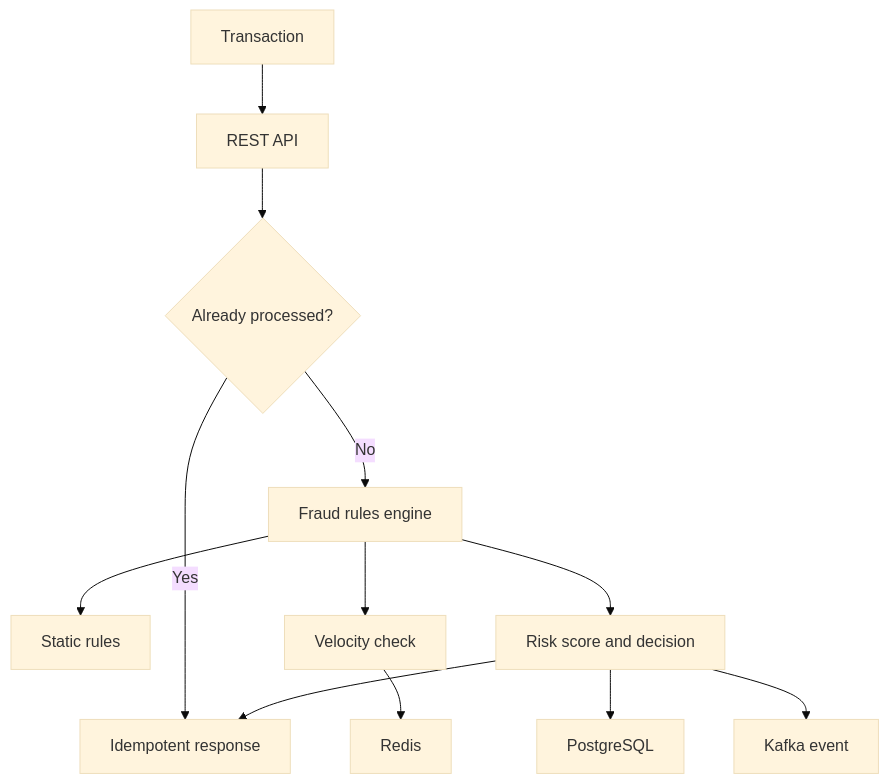
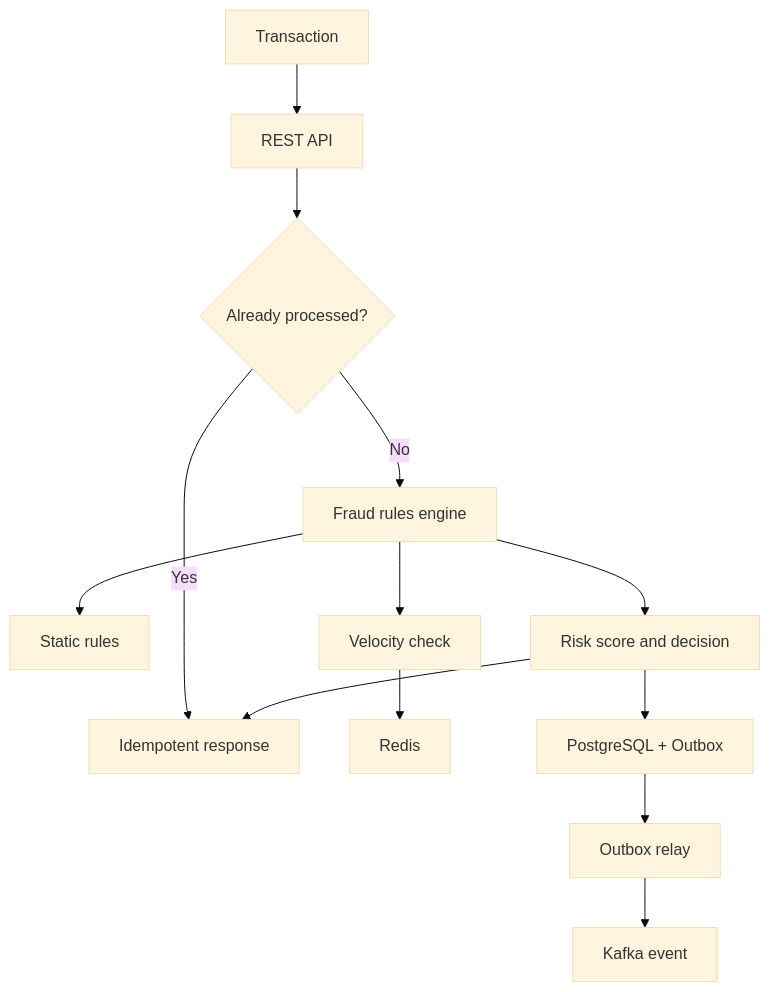
One commit to juceliocoelho2022/sentinelfraud-platform changed the diagram in README.md. Above: the diagram before and after it, drawn with Mermaid (base theme). The commit also changed other lines of this file and 16 other files, not shown here.

````diff
--- a/README.md
+++ b/README.md
@@ -46,14 +47,15 @@
 ```mermaid
 flowchart TD
     A["Transaction"] --> B["REST API"]
     B --> C{"Already processed?"}
     C -->|Yes| D["Idempotent response"]
     C -->|No| E["Fraud rules engine"]
     E --> F["Static rules"]
     E --> G["Velocity check"]
     G --> H["Redis"]
     E --> I["Risk score and decision"]
-    I --> J["PostgreSQL"]
-    I --> K["Kafka event"]
+    I --> J["PostgreSQL + Outbox"]
+    J --> K["Outbox relay"]
+    K --> L["Kafka event"]
     I --> D
 ```
````
